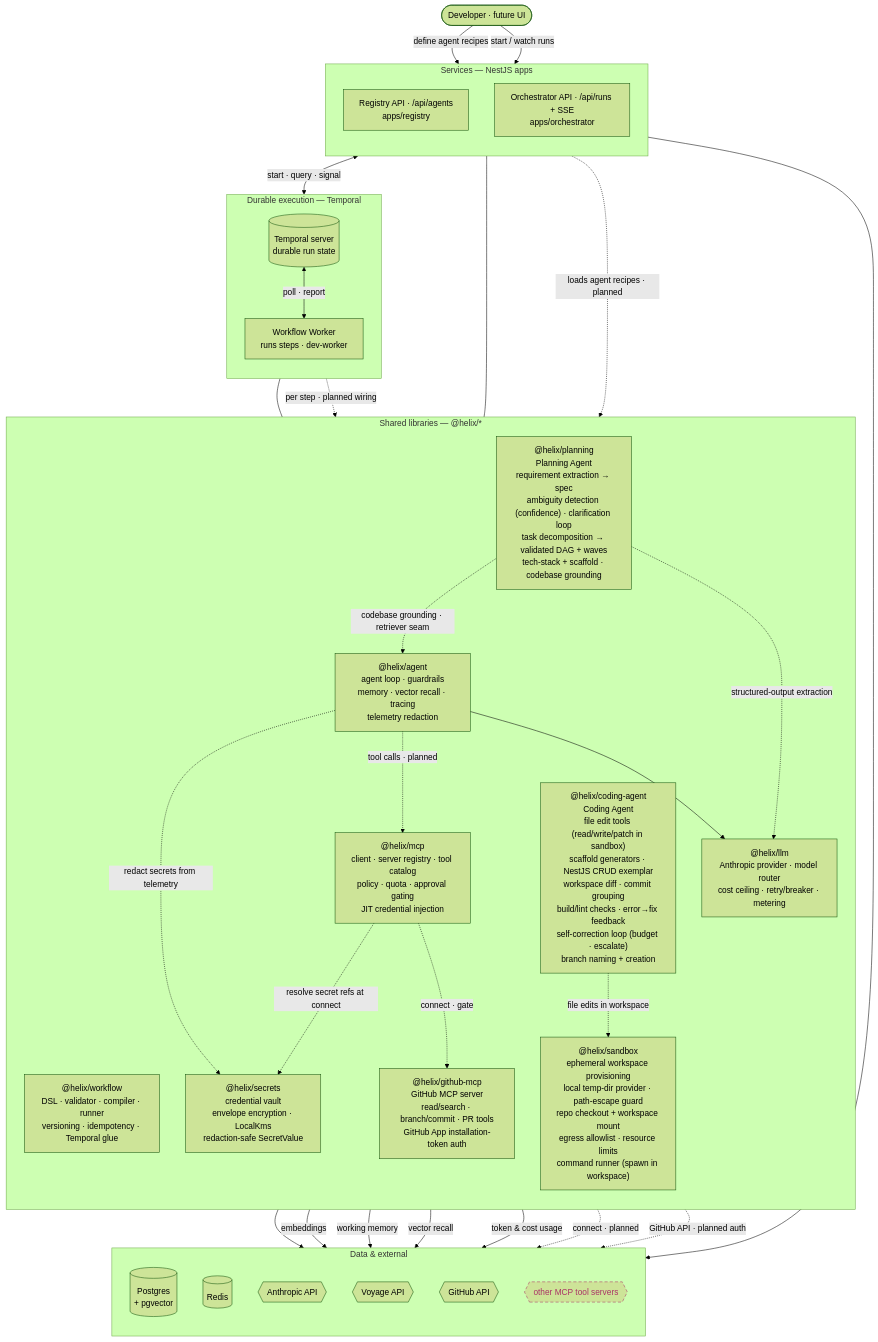
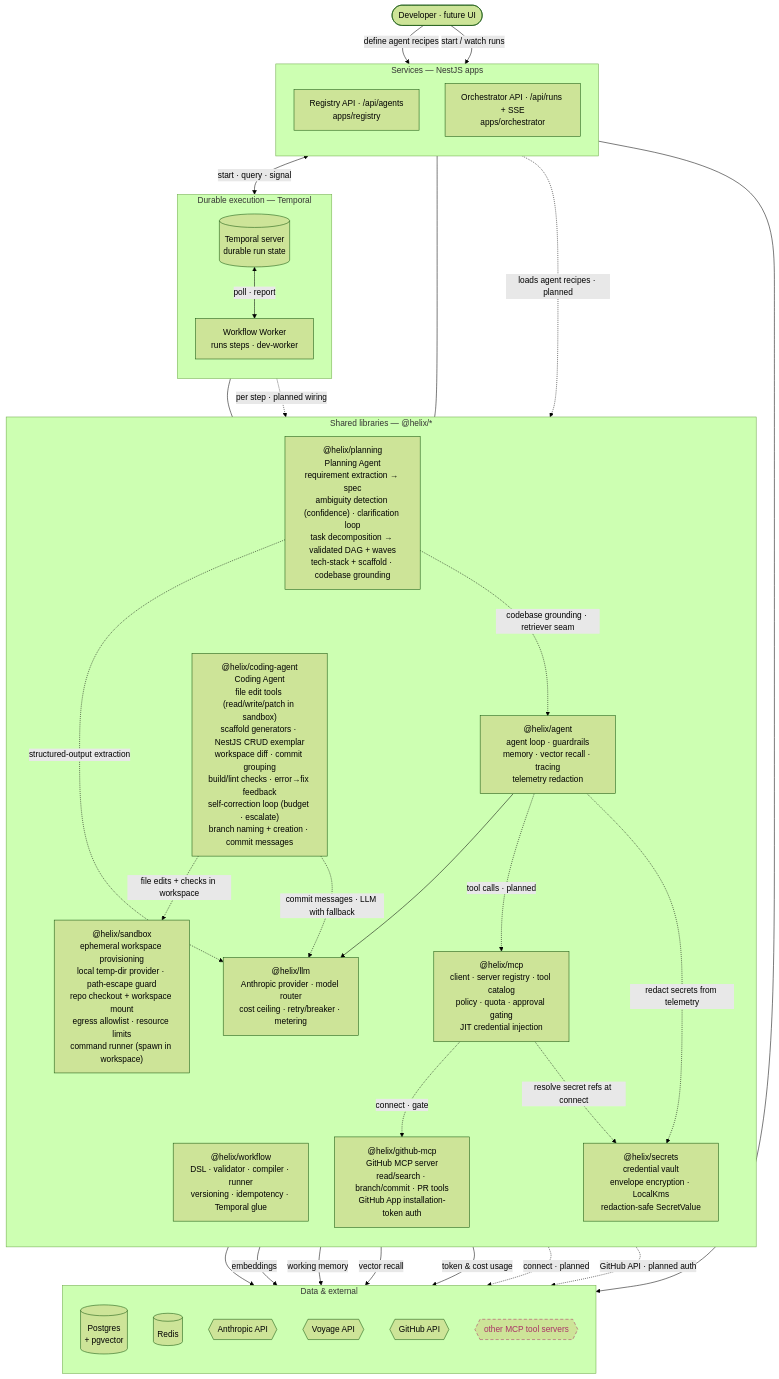
One commit to shhashhank/helix changed the first of 2 diagrams in docs/ARCHITECTURE.md. Above: the diagram before and after it, drawn with Mermaid (forest theme). The commit also changed other lines of this file and 4 other files, not shown here.

First line of the commit message:
HELIX-110: commit message generation (Conventional Commits) (#72)

````diff
--- a/docs/ARCHITECTURE.md
+++ b/docs/ARCHITECTURE.md
@@ -16,67 +16,68 @@
 ```mermaid
 flowchart TB
   user([Developer · future UI])
 
   subgraph svc["Services — NestJS apps"]
     direction TB
     reg["Registry API · /api/agents<br/>apps/registry"]
     orc["Orchestrator API · /api/runs + SSE<br/>apps/orchestrator"]
   end
 
   subgraph dur["Durable execution — Temporal"]
     direction TB
     tmp[("Temporal server<br/>durable run state")]
     wkr["Workflow Worker<br/>runs steps · dev-worker"]
   end
 
   subgraph lib["Shared libraries — @helix/*"]
     direction TB
     wf["@helix/workflow<br/>DSL · validator · compiler · runner<br/>versioning · idempotency · Temporal glue"]
     ag["@helix/agent<br/>agent loop · guardrails<br/>memory · vector recall · tracing<br/>telemetry redaction"]
     lm["@helix/llm<br/>Anthropic provider · model router<br/>cost ceiling · retry/breaker · metering"]
     mc["@helix/mcp<br/>client · server registry · tool catalog<br/>policy · quota · approval gating<br/>JIT credential injection"]
     gh["@helix/github-mcp<br/>GitHub MCP server<br/>read/search · branch/commit · PR tools<br/>GitHub App installation-token auth"]
     sec["@helix/secrets<br/>credential vault<br/>envelope encryption · LocalKms<br/>redaction-safe SecretValue"]
     pl["@helix/planning<br/>Planning Agent<br/>requirement extraction → spec<br/>ambiguity detection (confidence) · clarification loop<br/>task decomposition → validated DAG + waves<br/>tech-stack + scaffold · codebase grounding"]
     sbx["@helix/sandbox<br/>ephemeral workspace provisioning<br/>local temp-dir provider · path-escape guard<br/>repo checkout + workspace mount<br/>egress allowlist · resource limits<br/>command runner (spawn in workspace)"]
-    cag["@helix/coding-agent<br/>Coding Agent<br/>file edit tools (read/write/patch in sandbox)<br/>scaffold generators · NestJS CRUD exemplar<br/>workspace diff · commit grouping<br/>build/lint checks · error→fix feedback<br/>self-correction loop (budget · escalate)<br/>branch naming + creation"]
+    cag["@helix/coding-agent<br/>Coding Agent<br/>file edit tools (read/write/patch in sandbox)<br/>scaffold generators · NestJS CRUD exemplar<br/>workspace diff · commit grouping<br/>build/lint checks · error→fix feedback<br/>self-correction loop (budget · escalate)<br/>branch naming + creation · commit messages"]
   end
 
   subgraph dat["Data & external"]
     direction TB
     pg[("Postgres<br/>+ pgvector")]
     rd[("Redis")]
     an{{Anthropic API}}
     vo{{Voyage API}}
     gha{{GitHub API}}
     ext{{other MCP tool servers}}
   end
 
   user -->|define agent recipes| reg
   user -->|start / watch runs| orc
   reg --> pg
   orc <-->|start · query · signal| tmp
   tmp <-->|poll · report| wkr
   wkr --- wf
   orc --- wf
   wkr -.->|per step · planned wiring| ag
   reg -.->|loads agent recipes · planned| ag
   ag --> lm
   ag -.->|tool calls · planned| mc
   lm --> an
   ag -->|embeddings| vo
   ag -->|working memory| rd
   ag -->|vector recall| pg
   lm -->|token & cost usage| pg
   mc -.->|connect · gate| gh
   mc -.->|connect · planned| ext
   mc -.->|resolve secret refs at connect| sec
   ag -.->|redact secrets from telemetry| sec
   pl -.->|structured-output extraction| lm
   pl -.->|codebase grounding · retriever seam| ag
-  cag -.->|file edits in workspace| sbx
+  cag -.->|file edits + checks in workspace| sbx
+  cag -.->|commit messages · LLM with fallback| lm
   gh -.->|GitHub API · planned auth| gha
 
   classDef planned stroke-dasharray:6 4,stroke:#a36,color:#a36;
   class ext planned;
 ```
````
